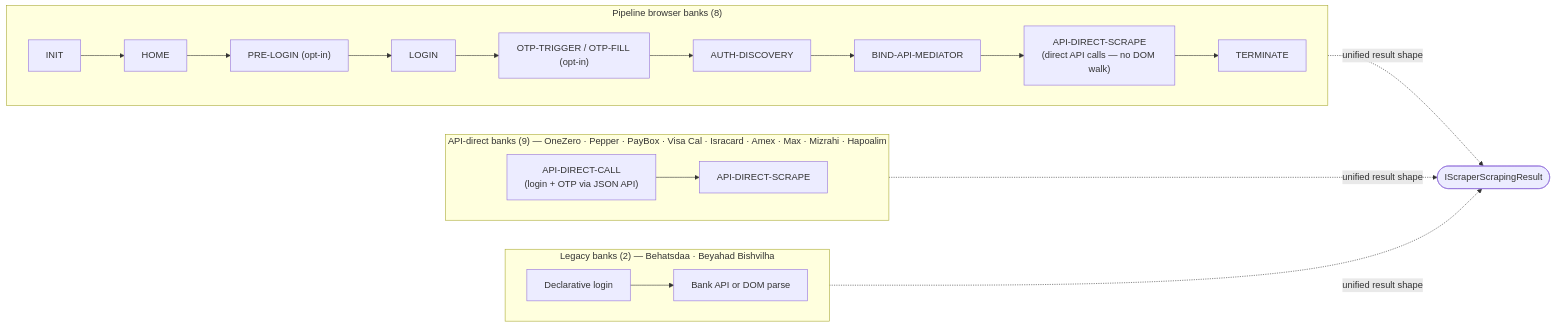
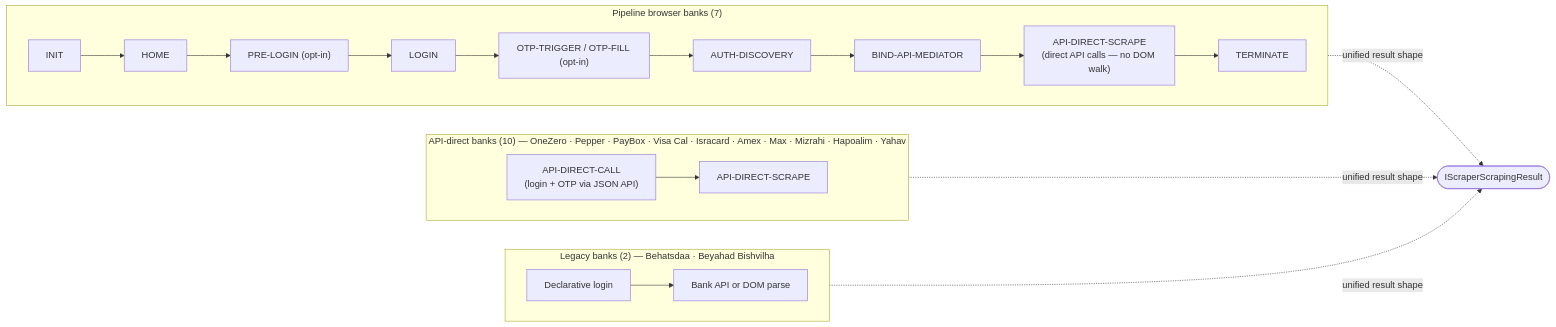
The diagram in README.md (sergienko4/israeli-bank-scrapers), drawn with Mermaid before and after one commit. The commit also changed other lines of this file and 51 other files, not shown here.

First line of the commit message:
feat(yahav): log in via the mobile API, no browser

````diff
--- a/README.md
+++ b/README.md
@@ -392,27 +395,27 @@
 ```mermaid
 flowchart LR
-    subgraph BB["Pipeline browser banks (8)"]
+    subgraph BB["Pipeline browser banks (7)"]
       direction LR
       INIT --> HOME --> PRELOGIN["PRE-LOGIN (opt-in)"]
       PRELOGIN --> LOGIN
       LOGIN --> OTP["OTP-TRIGGER / OTP-FILL (opt-in)"]
       OTP --> AUTH["AUTH-DISCOVERY"]
       AUTH --> BIND["BIND-API-MEDIATOR"]
       BIND --> SCRAPE["API-DIRECT-SCRAPE<br/>(direct API calls — no DOM walk)"]
       SCRAPE --> TERM["TERMINATE"]
     end
 
-    subgraph API["API-direct banks (9) — OneZero · Pepper · PayBox · Visa Cal · Isracard · Amex · Max · Mizrahi · Hapoalim"]
+    subgraph API["API-direct banks (10) — OneZero · Pepper · PayBox · Visa Cal · Isracard · Amex · Max · Mizrahi · Hapoalim · Yahav"]
       direction LR
       CALL["API-DIRECT-CALL<br/>(login + OTP via JSON API)"] --> SCR["API-DIRECT-SCRAPE"]
     end
 
     subgraph LEG["Legacy banks (2) — Behatsdaa · Beyahad Bishvilha"]
       direction LR
       LLOGIN["Declarative login"] --> LFETCH["Bank API or DOM parse"]
     end
 
     BB -.->|"unified result shape"| RESULT(["IScraperScrapingResult"])
     API -.->|"unified result shape"| RESULT
     LEG -.->|"unified result shape"| RESULT
 ```
````
